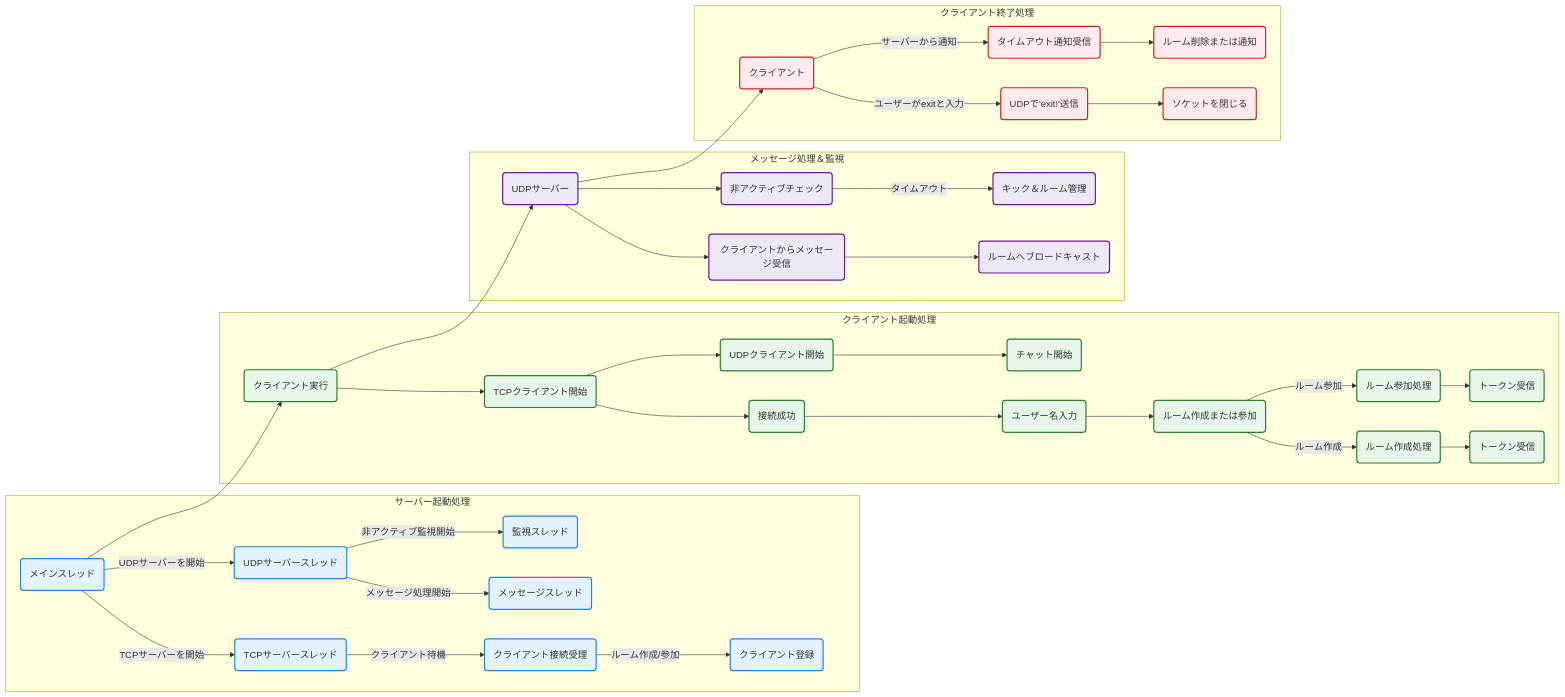
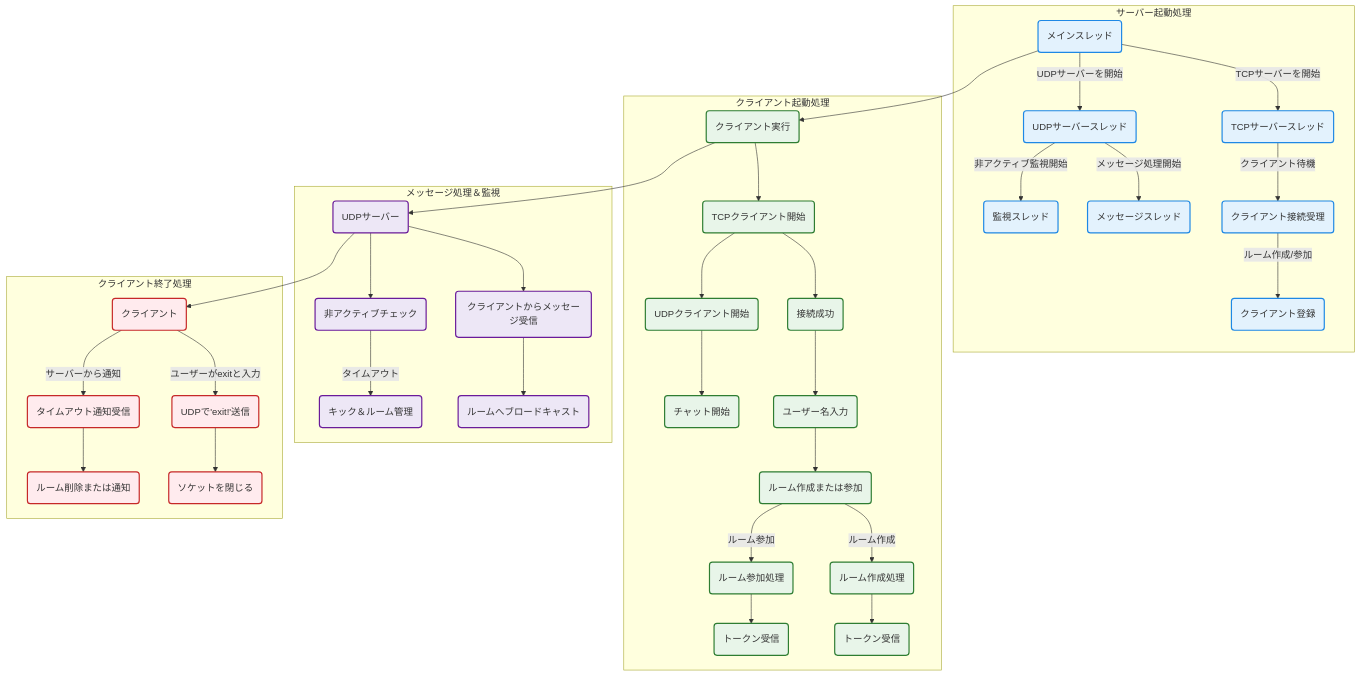
The second of 4 diagrams in README.md (BackendExplorer/Online-Chat-Service), drawn with Mermaid before and after one commit. The commit also changed other lines of this file, not shown here.

````diff
--- a/README.md
+++ b/README.md
@@ -94,5 +94,5 @@
 ```mermaid
-graph LR
+graph TD
 
 %% スタイル定義
 classDef server fill:#e3f2fd,stroke:#1e88e5,stroke-width:2px
@@ -102,76 +102,76 @@
 
 %% サーバー起動
 subgraph サーバー起動[サーバー起動処理]
-A1(メインスレッド)
-A2(TCPサーバースレッド)
-A3(UDPサーバースレッド)
-A4(クライアント接続受理)
-A5(クライアント登録)
-A6(メッセージスレッド)
-A7(監視スレッド)
+    A1(メインスレッド)
+    A2(TCPサーバースレッド)
+    A3(UDPサーバースレッド)
+    A4(クライアント接続受理)
+    A5(クライアント登録)
+    A6(メッセージスレッド)
+    A7(監視スレッド)
 
-A1 -->|TCPサーバーを開始| A2
-A1 -->|UDPサーバーを開始| A3
-A2 -->|クライアント待機| A4
-A4 -->|ルーム作成/参加| A5
-A3 -->|メッセージ処理開始| A6
-A3 -->|非アクティブ監視開始| A7
+    A1 -->|TCPサーバーを開始| A2
+    A1 -->|UDPサーバーを開始| A3
+    A2 -->|クライアント待機| A4
+    A4 -->|ルーム作成/参加| A5
+    A3 -->|メッセージ処理開始| A6
+    A3 -->|非アクティブ監視開始| A7
 
-class A1,A2,A3,A4,A5,A6,A7 server
+    class A1,A2,A3,A4,A5,A6,A7 server
 end
 
 %% クライアント起動
 subgraph クライアント起動[クライアント起動処理]
-B1(クライアント実行)
-B2(TCPクライアント開始)
-B3(接続成功)
-B4(ユーザー名入力)
-B5(ルーム作成または参加)
-B6(ルーム作成処理)
-B7(トークン受信)
-B8(ルーム参加処理)
-B9(トークン受信)
-B10(UDPクライアント開始)
-B11(チャット開始)
+    B1(クライアント実行)
+    B2(TCPクライアント開始)
+    B3(接続成功)
+    B4(ユーザー名入力)
+    B5(ルーム作成または参加)
+    B6(ルーム作成処理)
+    B7(トークン受信)
+    B8(ルーム参加処理)
+    B9(トークン受信)
+    B10(UDPクライアント開始)
+    B11(チャット開始)
 
-B1 --> B2
-B2 --> B3
-B3 --> B4
-B4 --> B5
-B5 -->|ルーム作成| B6 --> B7
-B5 -->|ルーム参加| B8 --> B9
-B2 --> B10
-B10 --> B11
+    B1 --> B2
+    B2 --> B3
+    B3 --> B4
+    B4 --> B5
+    B5 -->|ルーム作成| B6 --> B7
+    B5 -->|ルーム参加| B8 --> B9
+    B2 --> B10
+    B10 --> B11
 
-class B1,B2,B3,B4,B5,B6,B7,B8,B9,B10,B11 client
+    class B1,B2,B3,B4,B5,B6,B7,B8,B9,B10,B11 client
 end
 
 %% サーバーメッセージ処理
 subgraph サーバーメッセージ処理[メッセージ処理＆監視]
-C1(UDPサーバー)
-C2(クライアントからメッセージ受信)
-C3(ルームへブロードキャスト)
-C4(非アクティブチェック)
-C5(キック＆ルーム管理)
+    C1(UDPサーバー)
+    C2(クライアントからメッセージ受信)
+    C3(ルームへブロードキャスト)
+    C4(非アクティブチェック)
+    C5(キック＆ルーム管理)
 
-C1 --> C2 --> C3
-C1 --> C4 -->|タイムアウト| C5
+    C1 --> C2 --> C3
+    C1 --> C4 -->|タイムアウト| C5
 
-class C1,C2,C3,C4,C5 messaging
+    class C1,C2,C3,C4,C5 messaging
 end
 
 %% クライアント終了
 subgraph クライアント終了[クライアント終了処理]
-D1(クライアント)
-D2(UDPで'exit!'送信)
-D3(ソケットを閉じる)
-D4(タイムアウト通知受信)
-D5(ルーム削除または通知)
+    D1(クライアント)
+    D2(UDPで'exit!'送信)
+    D3(ソケットを閉じる)
+    D4(タイムアウト通知受信)
+    D5(ルーム削除または通知)
 
-D1 -->|ユーザーがexitと入力| D2 --> D3
-D1 -->|サーバーから通知| D4 --> D5
+    D1 -->|ユーザーがexitと入力| D2 --> D3
+    D1 -->|サーバーから通知| D4 --> D5
 
-class D1,D2,D3,D4,D5 warning
+    class D1,D2,D3,D4,D5 warning
 end
 
 %% 流れ接続（全体の連携）
````
